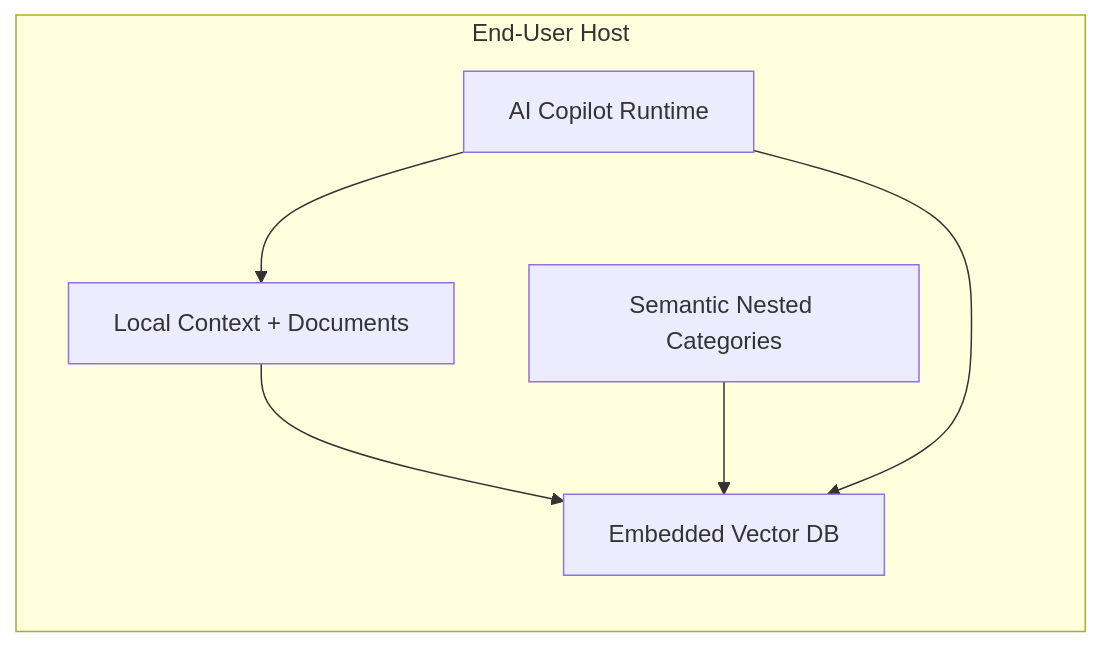
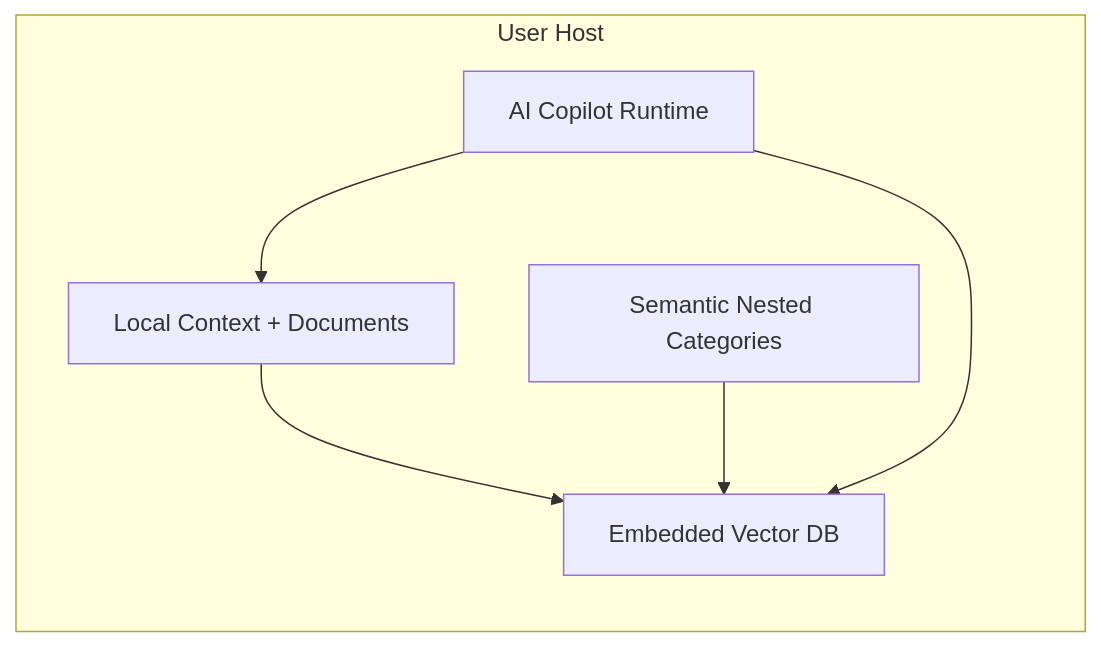
Before and after one commit to grecinto/sop: the second of 2 diagrams in src/docs-site/docs/green-earth-tech.mdx, drawn with Mermaid. The commit also changed other lines of this file, not shown here.

````diff
--- a/src/docs-site/docs/green-earth-tech.mdx
+++ b/src/docs-site/docs/green-earth-tech.mdx
@@ -56,14 +56,14 @@
 ```mermaid
 flowchart LR
-    subgraph Host["End-User Host"]
+    subgraph Host["User Host"]
         AI[AI Copilot Runtime]
         VDB[Embedded Vector DB]
         DOCS[Local Context + Documents]
         CAT[Semantic Nested Categories]
     end
 
     DOCS --> VDB
     CAT --> VDB
     AI --> VDB
     AI --> DOCS
 ```
````
